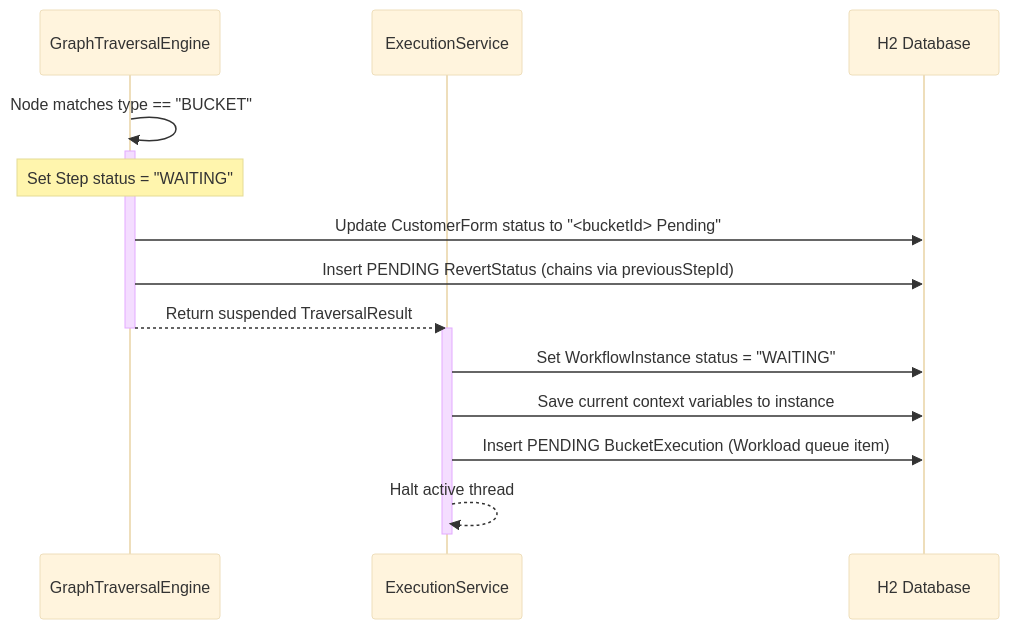
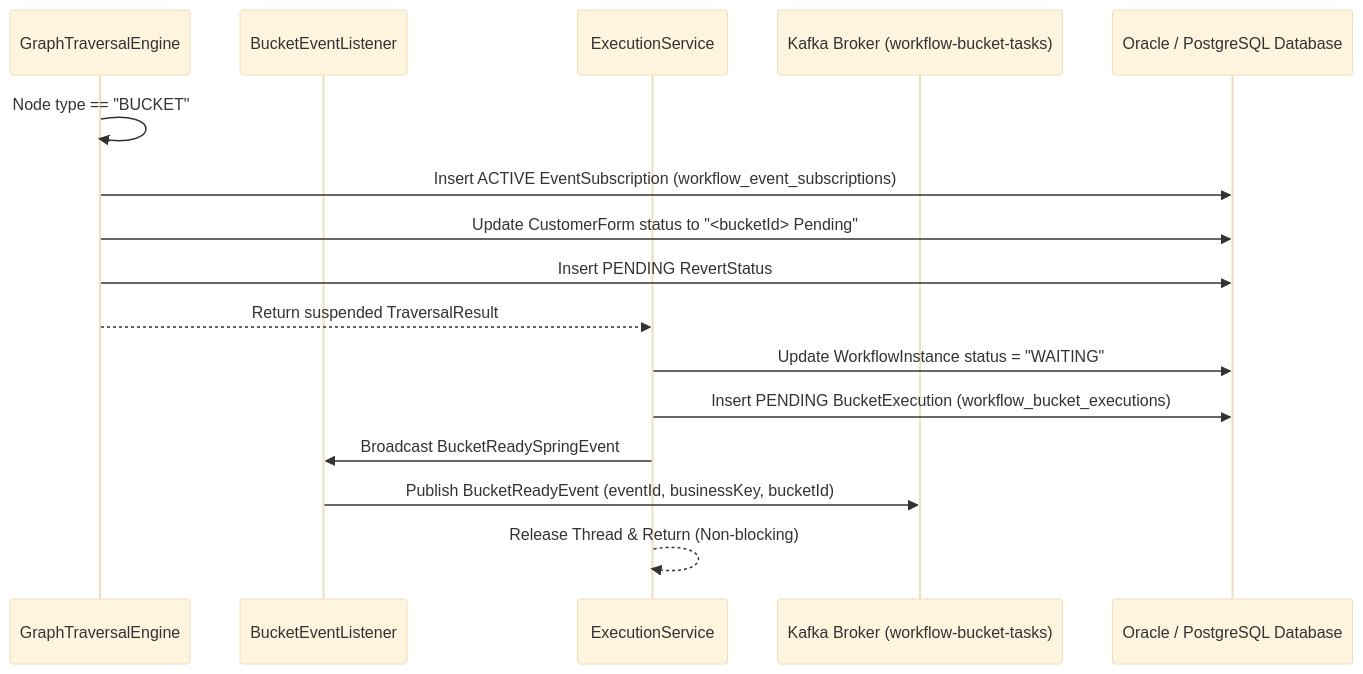
Before and after one commit to Alcatrez97/atlast_code: the first of 2 diagrams in buckets-backend-architecture.md, drawn with Mermaid (base theme). The commit also changed other lines of this file and 6 other files, not shown here.

````diff
--- a/buckets-backend-architecture.md
+++ b/buckets-backend-architecture.md
@@ -31,23 +48,22 @@
 ```mermaid
 sequenceDiagram
     participant Traversal as GraphTraversalEngine
+    participant Listener as BucketEventListener
     participant ExecService as ExecutionService
-    participant DB as H2 Database
+    participant Kafka as Kafka Broker (workflow-bucket-tasks)
+    participant DB as Oracle / PostgreSQL Database
     
-    Traversal->>Traversal: Node matches type == "BUCKET"
-    activate Traversal
-    Note over Traversal: Set Step status = "WAITING"
-    
+    Traversal->>Traversal: Node type == "BUCKET"
+    Traversal->>DB: Insert ACTIVE EventSubscription (workflow_event_subscriptions)
     Traversal->>DB: Update CustomerForm status to "<bucketId> Pending"
-    Traversal->>DB: Insert PENDING RevertStatus (chains via previousStepId)
+    Traversal->>DB: Insert PENDING RevertStatus
     
     Traversal-->>ExecService: Return suspended TraversalResult
-    deactivate Traversal
     
-    activate ExecService
-    ExecService->>DB: Set WorkflowInstance status = "WAITING"
-    ExecService->>DB: Save current context variables to instance
-    ExecService->>DB: Insert PENDING BucketExecution (Workload queue item)
-    ExecService-->>ExecService: Halt active thread
-    deactivate ExecService
+    ExecService->>DB: Update WorkflowInstance status = "WAITING"
+    ExecService->>DB: Insert PENDING BucketExecution (workflow_bucket_executions)
+    ExecService->>Listener: Broadcast BucketReadySpringEvent
+    
+    Listener->>Kafka: Publish BucketReadyEvent (eventId, businessKey, bucketId)
+    ExecService-->>ExecService: Release Thread & Return (Non-blocking)
 ```
````
